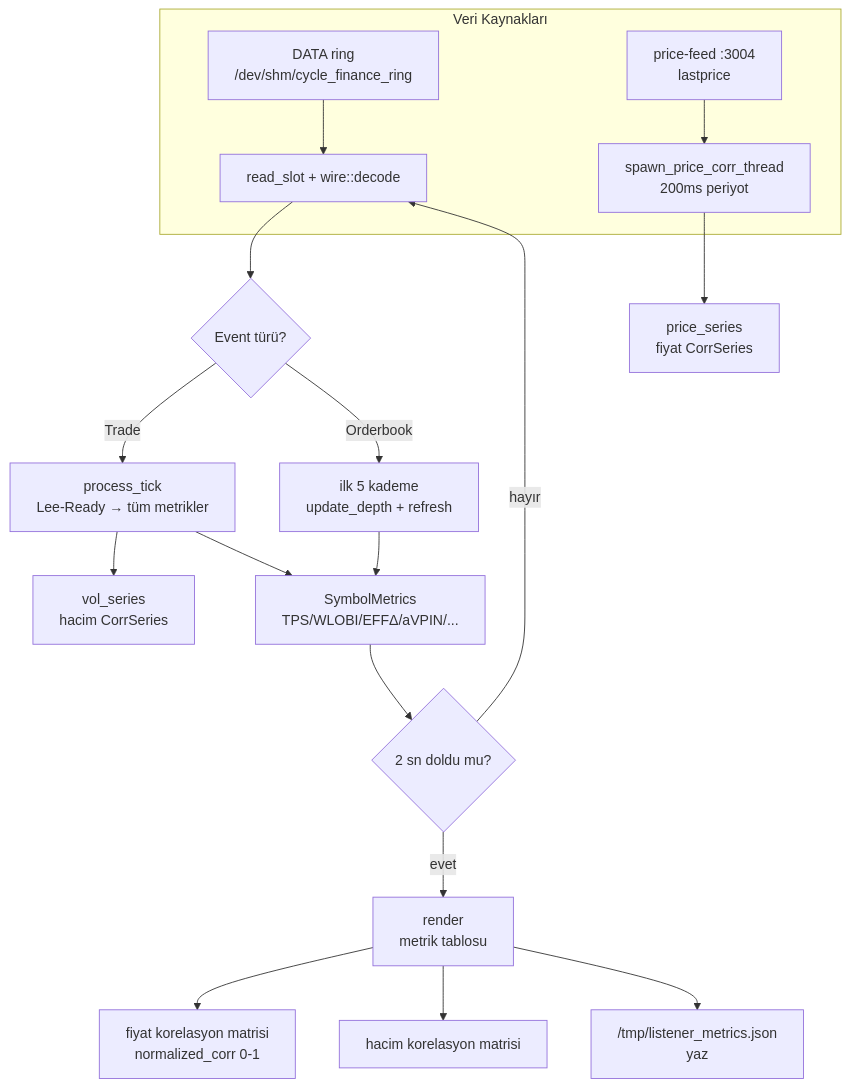
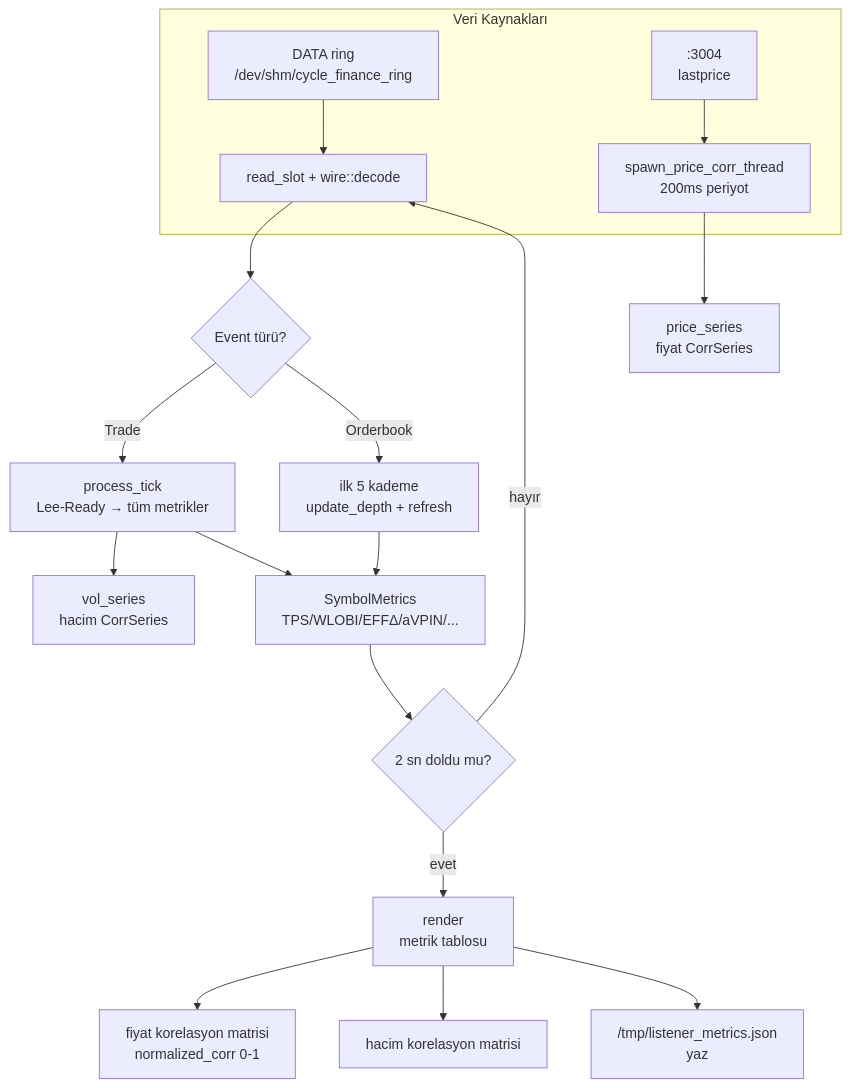
One commit to Quant-Trade-Lab-Community/cycle_finance_bot changed the eighth of 10 diagrams in docs/STRATEGIES_ENGINE_KAYNAK_KODU.md. Above: the diagram before and after it, drawn with Mermaid. The commit also changed other lines of this file and 165 other files, not shown here.

Commit message:
docs: remove deleted services' code dumps and update architecture (Bölüm 3, 2, 1); update Cargo.toml workspace; update mermaid flowcharts; remove SQLite refs

````diff
--- a/docs/STRATEGIES_ENGINE_KAYNAK_KODU.md
+++ b/docs/STRATEGIES_ENGINE_KAYNAK_KODU.md
@@ -201,20 +201,20 @@
 ```mermaid
 flowchart TD
     subgraph A["Veri Kaynakları"]
         B["DATA ring<br>/dev/shm/cycle_finance_ring"] --> C["read_slot + wire::decode"]
-        D["price-feed :3004<br>lastprice"] --> E["spawn_price_corr_thread<br>200ms periyot"]
+        D[":3004<br>lastprice"] --> E["spawn_price_corr_thread<br>200ms periyot"]
     end
     C --> F{"Event türü?"}
     F -->|"Trade"| G["process_tick<br>Lee-Ready → tüm metrikler"]
     G --> H["vol_series<br>hacim CorrSeries"]
     F -->|"Orderbook"| I["ilk 5 kademe<br>update_depth + refresh"]
     E --> J["price_series<br>fiyat CorrSeries"]
     G --> K["SymbolMetrics<br>TPS/WLOBI/EFFΔ/aVPIN/..."]
     I --> K
     K --> L{"2 sn doldu mu?"}
     L -->|"evet"| M["render<br>metrik tablosu"]
     M --> N["fiyat korelasyon matrisi<br>normalized_corr 0-1"]
     M --> O["hacim korelasyon matrisi"]
     M --> P["/tmp/listener_metrics.json<br>yaz"]
     L -->|"hayır"| C
 ```
````
